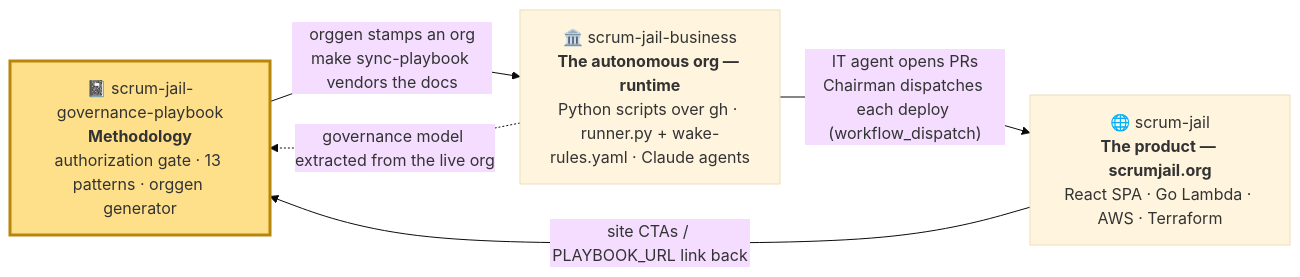
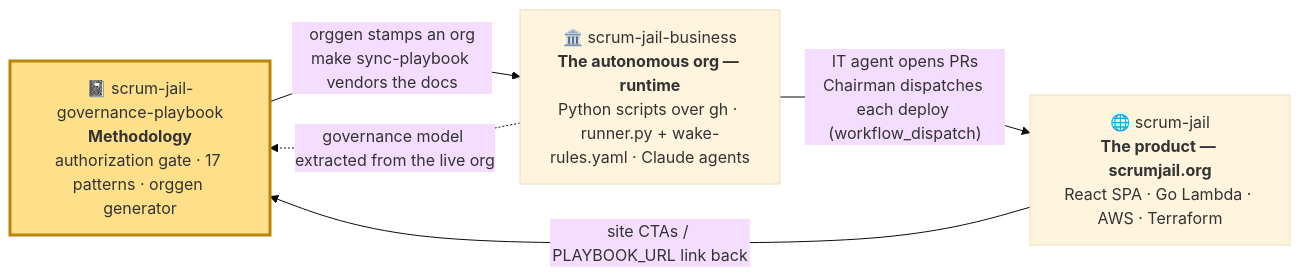
The first of 10 diagrams in docs/ARCHITECTURE.md (johnplantada/scrum-jail-governance-playbook), drawn with Mermaid (base theme) before and after one commit. The commit also changed other lines of this file and 1 other file, not shown here.

Commit message:
docs: governance is an authorization, not an emoji approval
The blocker-triage skill still told agents the governance blocker kind is
"a Chairman emoji approval" — reacting with emojis is not how the org is
controlled. The Chairman comments on issues, agents respond; objectives get
broken into sub-issues/tasks; agents open PRs and the Chairman's merge (or
manual workflow_dispatch) is the authorization. The glyphs stay — they're
ledger vocabulary — only the mechanism language changes.

Also fixes docs/ARCHITECTURE.md's stale "13 patterns" counts (17 as of
PR #15's Pattern 17).

The same one-line skill fix applies to both live orgs' .claude/skills
(companion PRs) — runtime/ stays in sync.

````diff
--- a/docs/ARCHITECTURE.md
+++ b/docs/ARCHITECTURE.md
@@ -24,13 +24,13 @@
 ```mermaid
 flowchart LR
-    GP["📓 scrum-jail-governance-playbook<br/><b>Methodology</b><br/>authorization gate · 13 patterns · orggen generator"]
+    GP["📓 scrum-jail-governance-playbook<br/><b>Methodology</b><br/>authorization gate · 17 patterns · orggen generator"]
     BIZ["🏛️ scrum-jail-business<br/><b>The autonomous org — runtime</b><br/>Python scripts over gh · runner.py + wake-rules.yaml · Claude agents"]
     PROD["🌐 scrum-jail<br/><b>The product — scrumjail.org</b><br/>React SPA · Go Lambda · AWS · Terraform"]
 
     GP -->|"orggen stamps an org<br/>make sync-playbook vendors the docs"| BIZ
     BIZ -->|"IT agent opens PRs<br/>Chairman dispatches each deploy (workflow_dispatch)"| PROD
     PROD -->|"site CTAs / PLAYBOOK_URL link back"| GP
     BIZ -.->|"governance model extracted from the live org"| GP
 
     style GP fill:#ffe08a,stroke:#b8860b,stroke-width:3px
 ```
````
